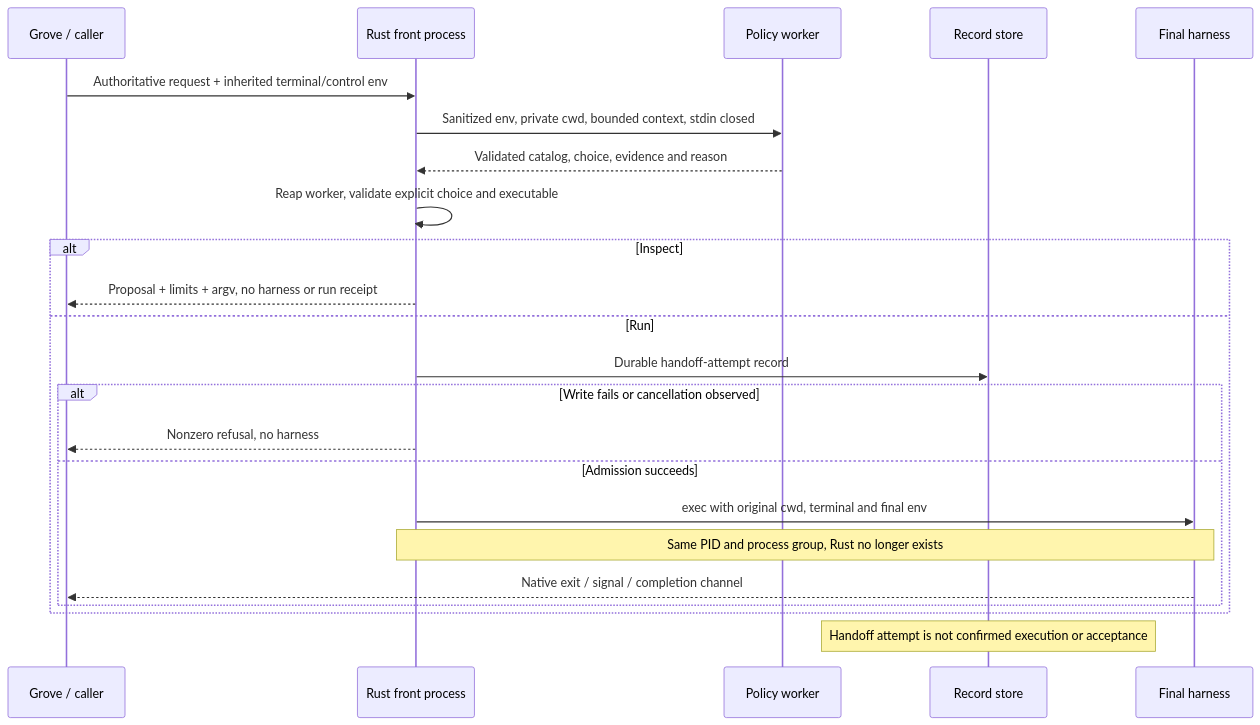
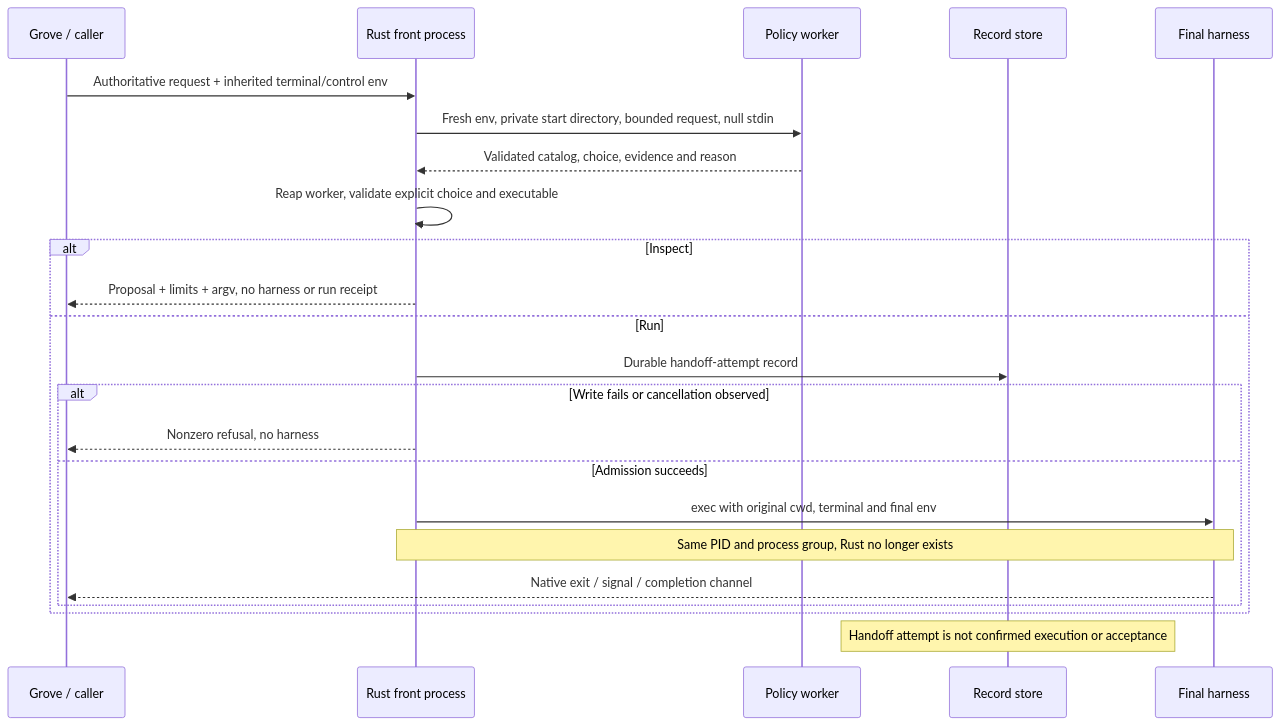
The diagram in docs/design/harness-selection-and-execution/handoff.mmd (Linkuistics/grove), drawn with Mermaid before and after one commit. The commit also changed 17 other files, not shown here.

```diff
--- a/docs/design/harness-selection-and-execution/handoff.mmd
+++ b/docs/design/harness-selection-and-execution/handoff.mmd
@@ -1,23 +1,23 @@
 sequenceDiagram
   participant G as Grove / caller
   participant R as Rust front process
   participant W as Policy worker
   participant D as Record store
   participant H as Final harness
   G->>R: Authoritative request + inherited terminal/control env
-  R->>W: Sanitized env, private cwd, bounded context, stdin closed
+  R->>W: Fresh env, private start directory, bounded request, null stdin
   W-->>R: Validated catalog, choice, evidence and reason
   R->>R: Reap worker, validate explicit choice and executable
   alt Inspect
     R-->>G: Proposal + limits + argv, no harness or run receipt
   else Run
     R->>D: Durable handoff-attempt record
     alt Write fails or cancellation observed
       R-->>G: Nonzero refusal, no harness
     else Admission succeeds
       R->>H: exec with original cwd, terminal and final env
       Note over R,H: Same PID and process group, Rust no longer exists
       H-->>G: Native exit / signal / completion channel
     end
   end
   Note over D: Handoff attempt is not confirmed execution or acceptance
```
